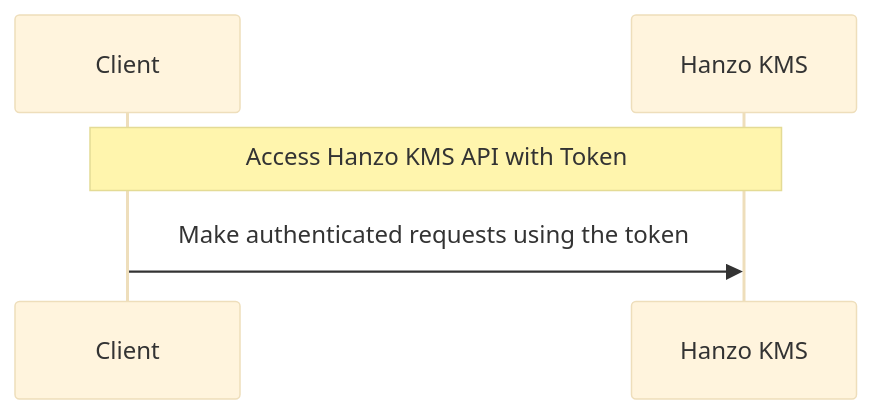
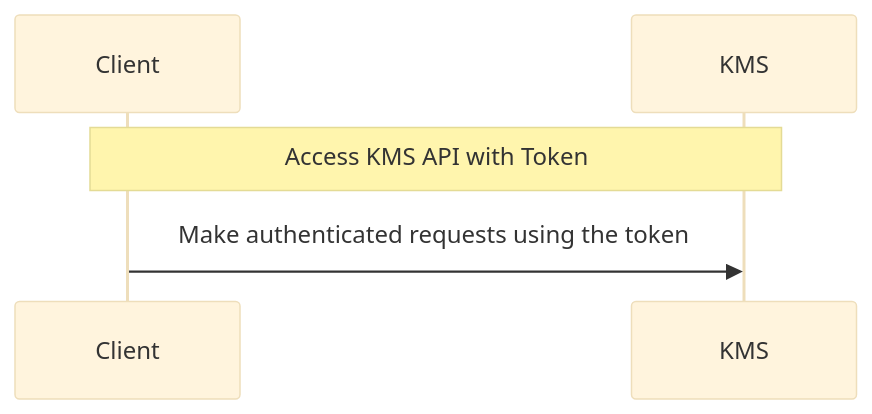
The diagram in docs/documentation/platform/identities/token-auth.mdx (hanzoai/kms), drawn with Mermaid (base theme) before and after one commit. The commit also changed other lines of this file and 855 other files, not shown here.

````diff
--- a/docs/documentation/platform/identities/token-auth.mdx
+++ b/docs/documentation/platform/identities/token-auth.mdx
@@ -12,9 +12,9 @@
 ```mermaid
 sequenceDiagram
   participant Client as Client
-  participant Infis as Hanzo KMS
+  participant Infis as KMS
 
-  Note over Client,Infis: Access Hanzo KMS API with Token
+  Note over Client,Infis: Access KMS API with Token
   Client->>Infis: Make authenticated requests using the token
 
 ```
````
